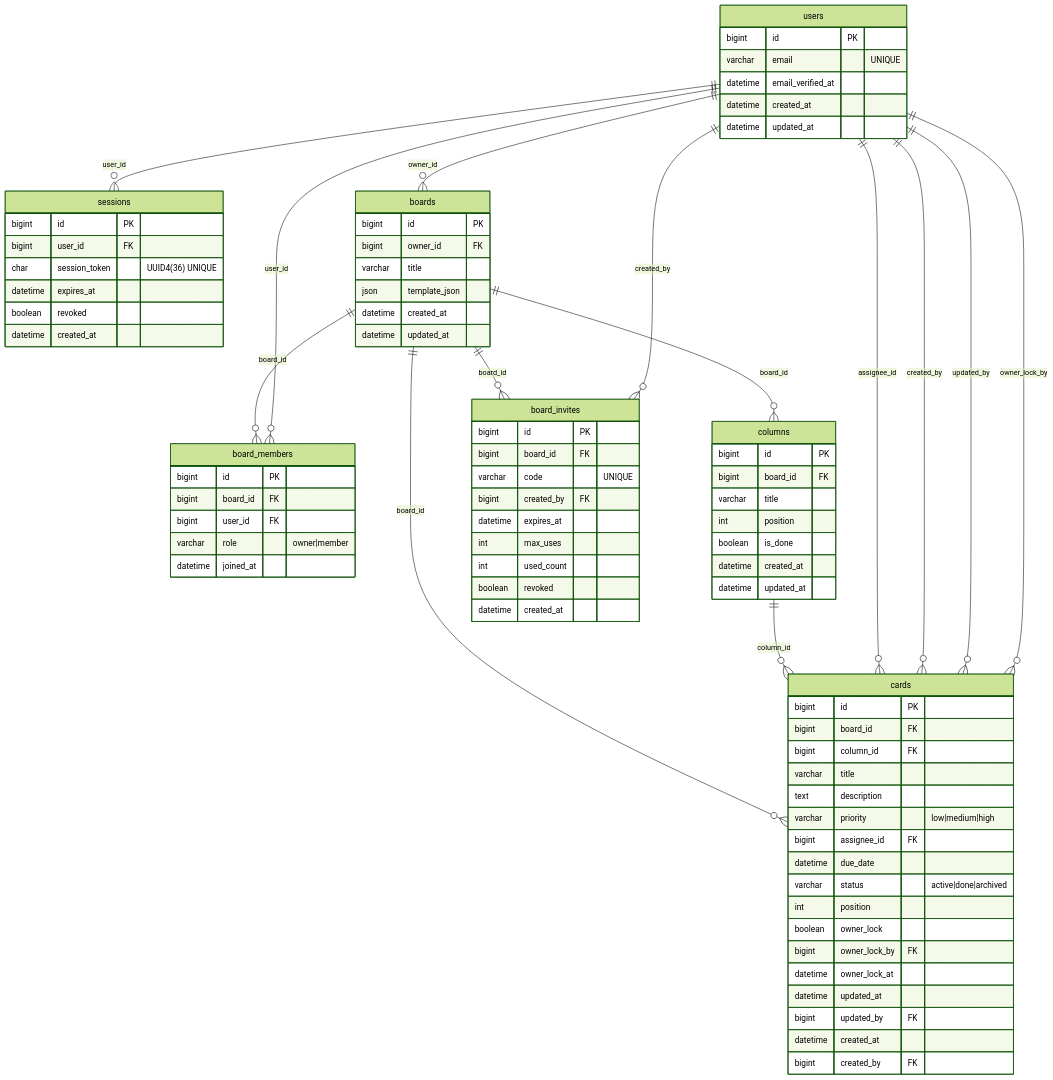
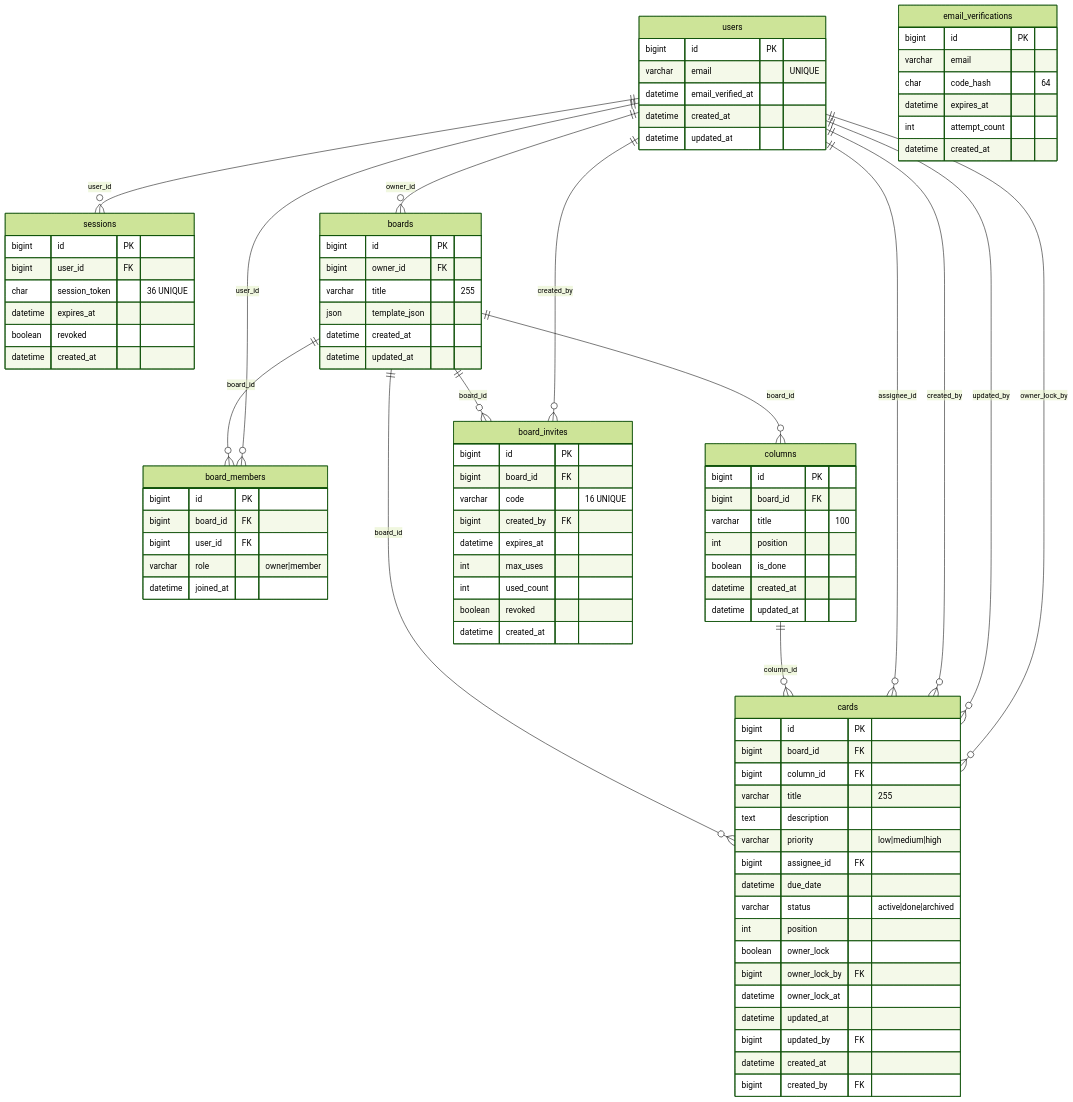
One commit to cheng80/syncflow changed the diagram in docs/erd/erDiagram.mmd. Above: the diagram before and after it, drawn with Mermaid (forest theme). The commit also changed 103 other files, not shown here.

```diff
--- a/docs/erd/erDiagram.mmd
+++ b/docs/erd/erDiagram.mmd
@@ -1,96 +1,102 @@
 erDiagram
     users ||--o{ sessions : "user_id"
     users ||--o{ boards : "owner_id"
     boards ||--o{ board_members : "board_id"
     users ||--o{ board_members : "user_id"
 
     boards ||--o{ columns : "board_id"
     boards ||--o{ cards : "board_id"
     columns ||--o{ cards : "column_id"
 
     boards ||--o{ board_invites : "board_id"
     users ||--o{ board_invites : "created_by"
 
     users ||--o{ cards : "assignee_id"
     users ||--o{ cards : "created_by"
     users ||--o{ cards : "updated_by"
     users ||--o{ cards : "owner_lock_by"
 
     users {
         bigint id PK
         varchar email "UNIQUE"
         datetime email_verified_at
         datetime created_at
         datetime updated_at
     }
 
+    email_verifications {
+        bigint id PK
+        varchar email
+        char code_hash "64"
+        datetime expires_at
+        int attempt_count
+        datetime created_at
+    }
+
     sessions {
         bigint id PK
         bigint user_id FK
-        char session_token "UUID4(36) UNIQUE"
+        char session_token "36 UNIQUE"
         datetime expires_at
         boolean revoked
         datetime created_at
     }
 
     boards {
         bigint id PK
         bigint owner_id FK
-        varchar title
+        varchar title "255"
         json template_json
         datetime created_at
         datetime updated_at
     }
 
     board_members {
         bigint id PK
         bigint board_id FK
         bigint user_id FK
         varchar role "owner|member"
         datetime joined_at
     }
 
     columns {
         bigint id PK
         bigint board_id FK
-        varchar title
+        varchar title "100"
         int position
         boolean is_done
         datetime created_at
         datetime updated_at
     }
 
     cards {
         bigint id PK
         bigint board_id FK
         bigint column_id FK
-        varchar title
+        varchar title "255"
         text description
         varchar priority "low|medium|high"
         bigint assignee_id FK
         datetime due_date
-
         varchar status "active|done|archived"
         int position
-
         boolean owner_lock
         bigint owner_lock_by FK
         datetime owner_lock_at
-
         datetime updated_at
         bigint updated_by FK
         datetime created_at
         bigint created_by FK
     }
 
     board_invites {
         bigint id PK
         bigint board_id FK
-        varchar code "UNIQUE"
+        varchar code "16 UNIQUE"
         bigint created_by FK
         datetime expires_at
         int max_uses
         int used_count
         boolean revoked
         datetime created_at
     }
```
